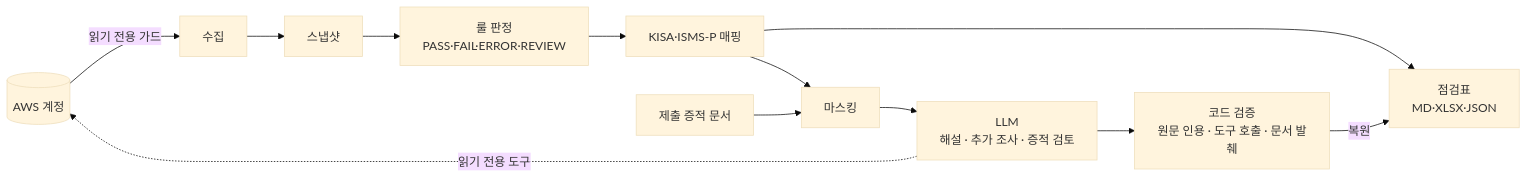
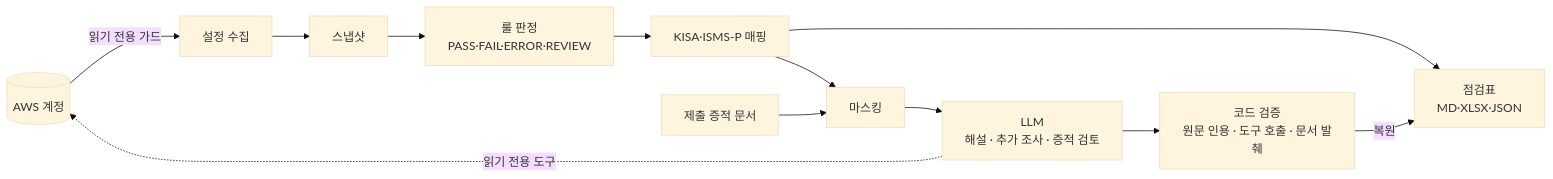
One commit to zelopy/kompass-isms changed the diagram in docs/PORTFOLIO.md. Above: the diagram before and after it, drawn with Mermaid (base theme). The commit also changed other lines of this file and 1 other file, not shown here.

````diff
--- a/docs/PORTFOLIO.md
+++ b/docs/PORTFOLIO.md
@@ -33,16 +43,16 @@
 ```mermaid
 flowchart LR
-    AWS[(AWS 계정)] -->|읽기 전용 가드| C[수집]
+    AWS[(AWS 계정)] -->|읽기 전용 가드| C[설정 수집]
     C --> S[스냅샷]
     S --> R[룰 판정<br/>PASS·FAIL·ERROR·REVIEW]
     R --> M[KISA·ISMS-P 매핑]
     M --> P[점검표<br/>MD·XLSX·JSON]
 
     M --> K[마스킹]
     K --> L[LLM<br/>해설 · 추가 조사 · 증적 검토]
     L --> V[코드 검증<br/>원문 인용 · 도구 호출 · 문서 발췌]
     V -->|복원| P
 
     L -. 읽기 전용 도구 .-> AWS
     D[제출 증적 문서] --> K
 ```
````
